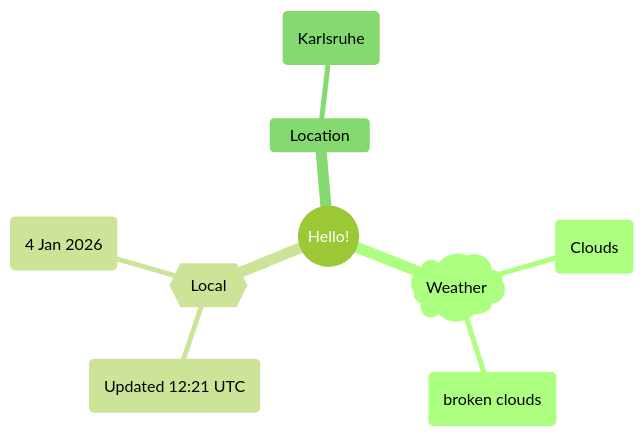
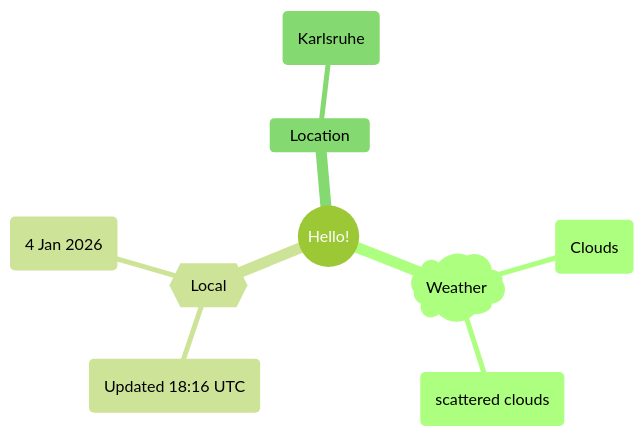
The first of 2 diagrams in README.md (Xosrov/Xosrov), drawn with Mermaid (forest theme) before and after one commit.

Commit message:
[bot] updated images

````diff
--- a/README.md
+++ b/README.md
@@ -3,12 +3,12 @@
 ```mermaid
 mindmap
   root((Hello!))
     )Weather(
         (Clouds)
-        (broken clouds)
+        (scattered clouds)
     {{Local}}
-        (Updated 12:21 UTC)
+        (Updated 18:16 UTC)
         (4 Jan 2026)
     Location
         (Karlsruhe)
 ```
````
